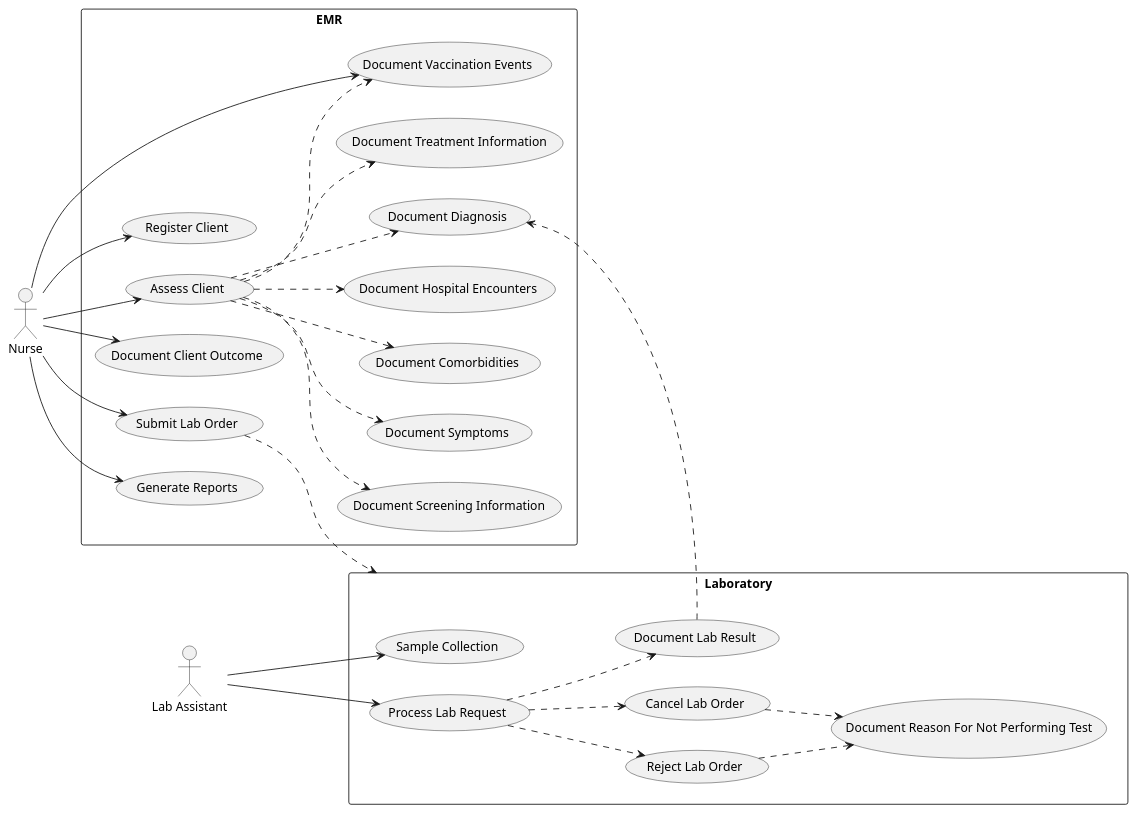
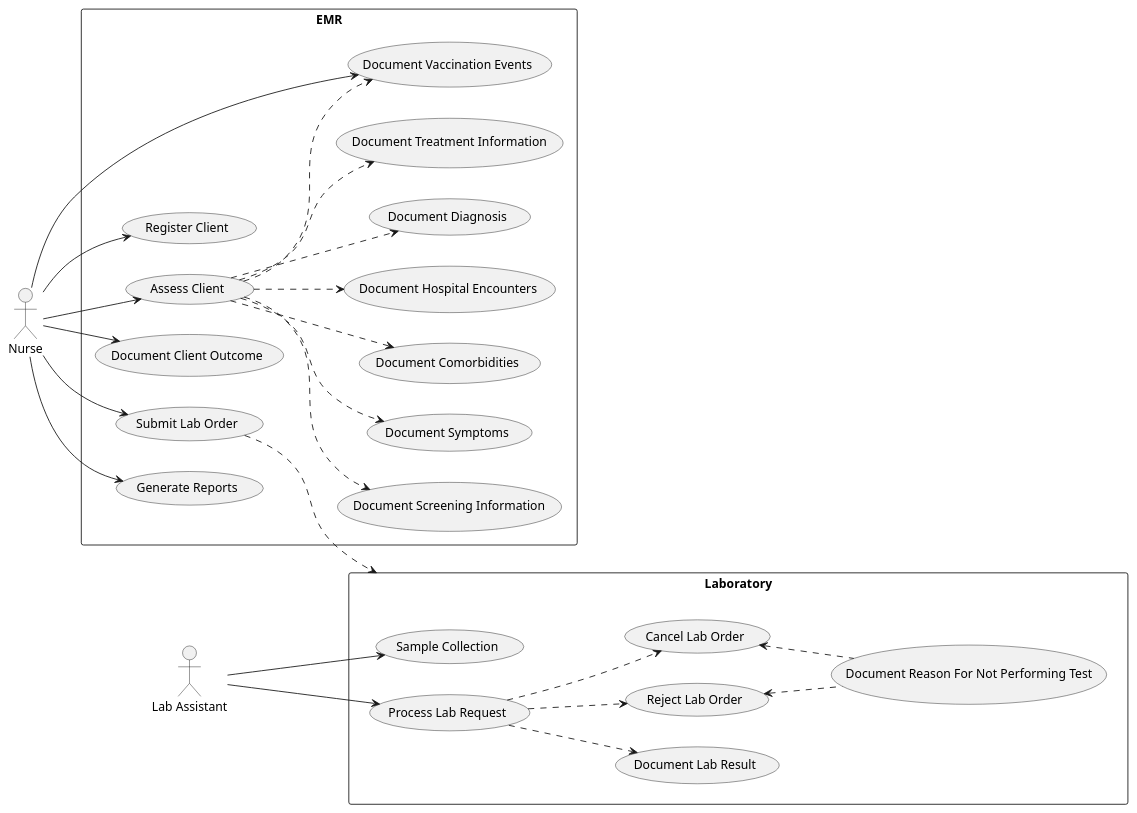
Before and after one commit to openhie/covid19-casereporting: the diagram in input/images-source/uses-cases.plantuml, drawn with PlantUML. The commit also changed 1 other file, not shown here.

```diff
--- a/input/images-source/uses-cases.plantuml
+++ b/input/images-source/uses-cases.plantuml
@@ -1,60 +1,60 @@
 @startuml UseCaseDiagram
 left to right direction
 actor "Nurse" as nurse
 rectangle EMR {
   usecase "Register Client" as UC1
   usecase "Assess Client" as UC2
   usecase "Document Screening Information" as UC3
   usecase "Document Symptoms" as UC4
   usecase "Document Comorbidities" as UC5
   usecase "Document Hospital Encounters" as UC6
   usecase "Document Diagnosis" as UC8
   usecase "Document Treatment Information" as UC9
   usecase "Document Client Outcome" as UC10
   usecase "Submit Lab Order" as UC11
   usecase "Document Vaccination Events" as UC12
   usecase "Generate Reports" as UC13
 }
 
 nurse --> UC1
 nurse --> UC2
 nurse --> UC10
 nurse --> UC11
 nurse --> UC12
 nurse --> UC13
 
 
 (UC2) ..> (UC3)
 (UC2) ..> (UC4)
 (UC2) ..> (UC5)
 (UC2) ..> (UC6)
 (UC2) ..> (UC12)
 (UC2) ..> (UC8)
 (UC2) ..> (UC9)
 
 actor "Lab Assistant" as lab
 rectangle Laboratory {
   usecase "Sample Collection" as UC14
   usecase "Process Lab Request" as UC15
   usecase "Document Lab Result" as UC16
   usecase "Reject Lab Order" as UC17
   usecase "Cancel Lab Order" as UC18
   usecase "Document Reason For Not Performing Test" as UC19
 }
 
 lab --> UC14
 lab --> UC15
 
 
 (UC15) ..> (UC16)
 (UC15) ..> (UC17)
 (UC15) ..> (UC18)
 
-(UC18) ..> (UC19)
-(UC17) ..> (UC19)
+(UC18) <.. (UC19)
+(UC17) <.. (UC19)
 
 (UC11) ..> Laboratory
 
-(UC16) ..> (UC8)
+'(UC16) ..> (UC8)
 
 @enduml
```
